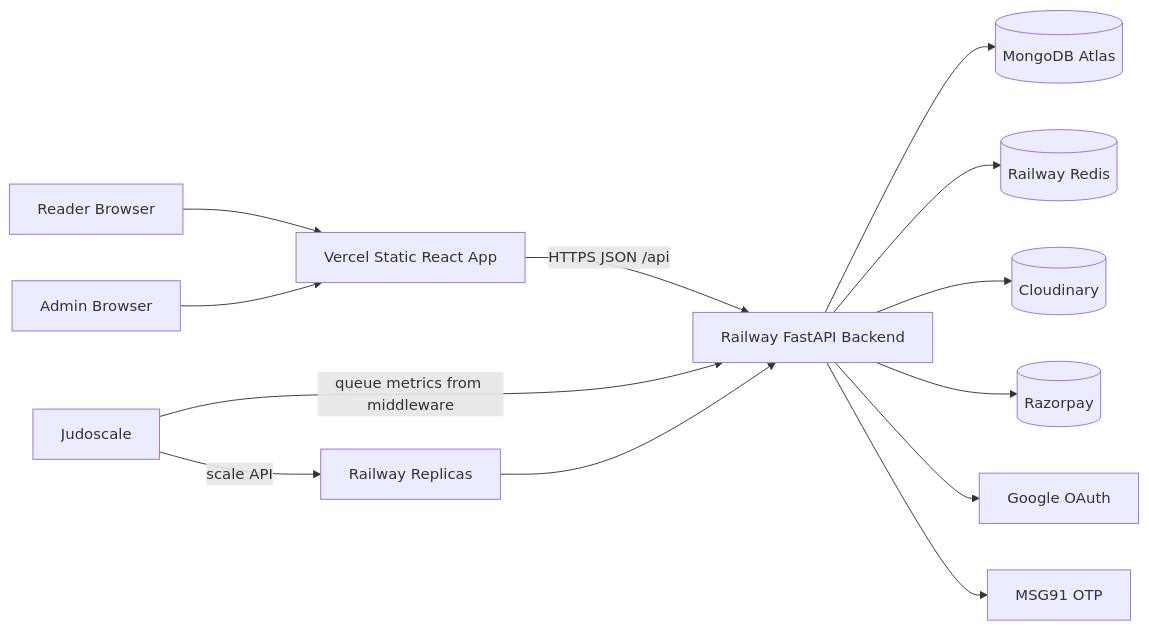
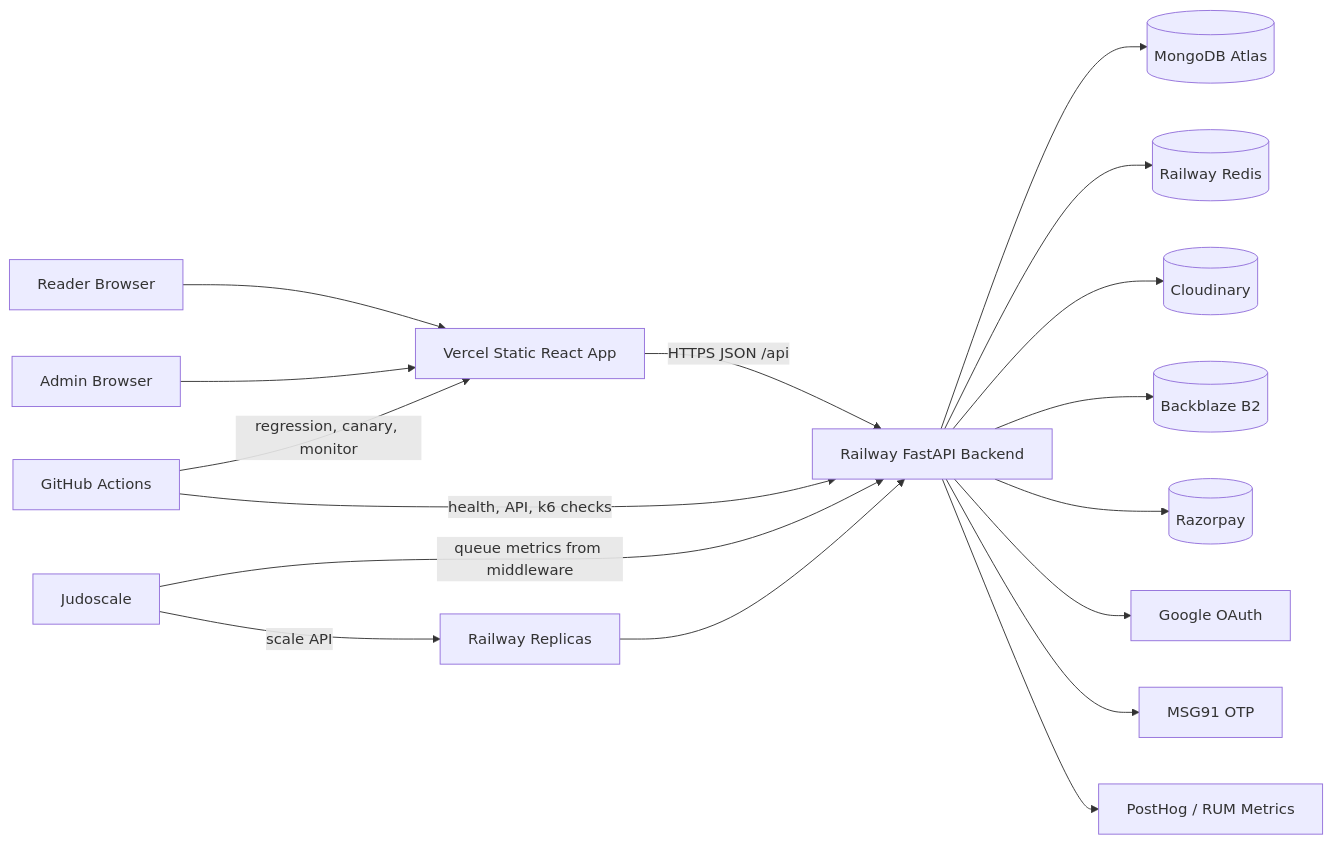
Before and after one commit to ronik18/earnalism-digital-library: the first of 22 diagrams in README.md, drawn with Mermaid. The commit also changed other lines of this file and 39 other files, not shown here.

````diff
--- a/README.md
+++ b/README.md
@@ -49,17 +57,22 @@
 ```mermaid
 flowchart LR
   Reader[Reader Browser] --> FE[Vercel Static React App]
   Admin[Admin Browser] --> FE
   FE -->|HTTPS JSON /api| BE[Railway FastAPI Backend]
 
   BE --> Mongo[(MongoDB Atlas)]
   BE --> Redis[(Railway Redis)]
   BE --> Cloudinary[(Cloudinary)]
+  BE --> B2[(Backblaze B2)]
   BE --> Razorpay[(Razorpay)]
   BE --> Google[Google OAuth]
   BE --> MSG91[MSG91 OTP]
+  BE --> PostHog[PostHog / RUM Metrics]
+
+  GHA[GitHub Actions] -->|regression, canary, monitor| FE
+  GHA -->|health, API, k6 checks| BE
 
   Judoscale[Judoscale] -->|queue metrics from middleware| BE
   Judoscale -->|scale API| Railway[Railway Replicas]
   Railway --> BE
 ```
````
